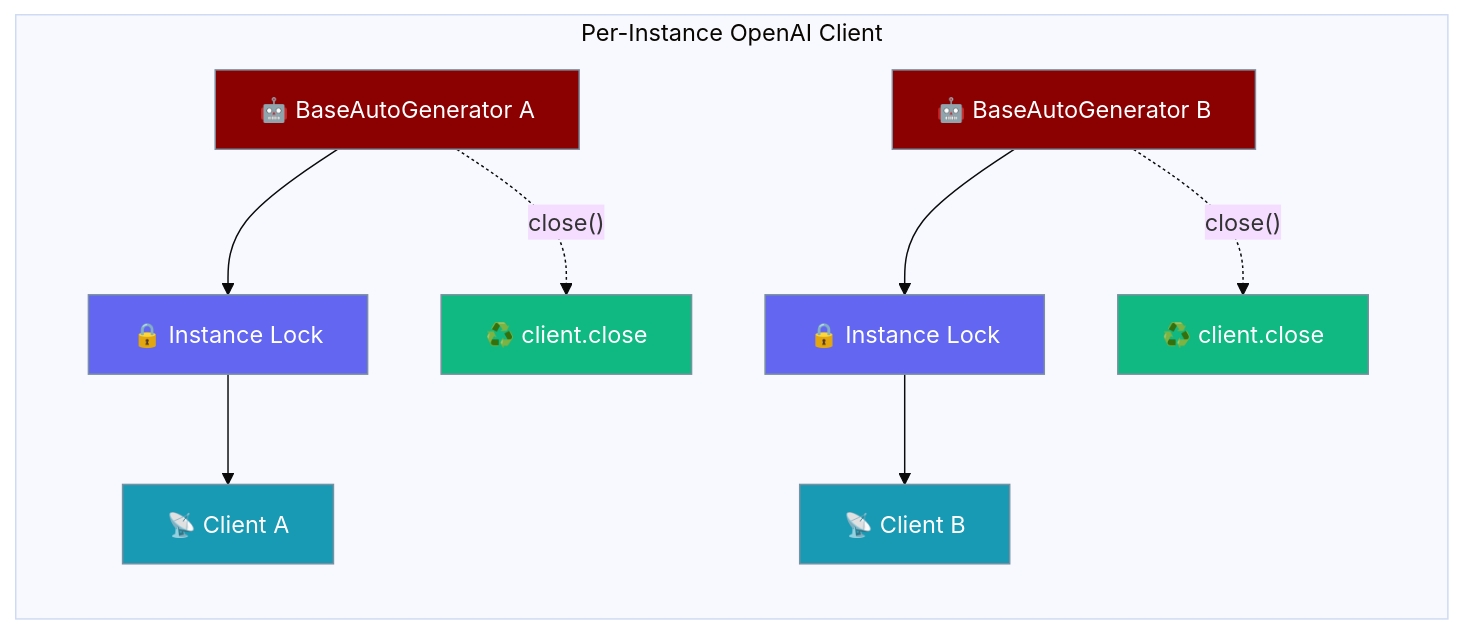
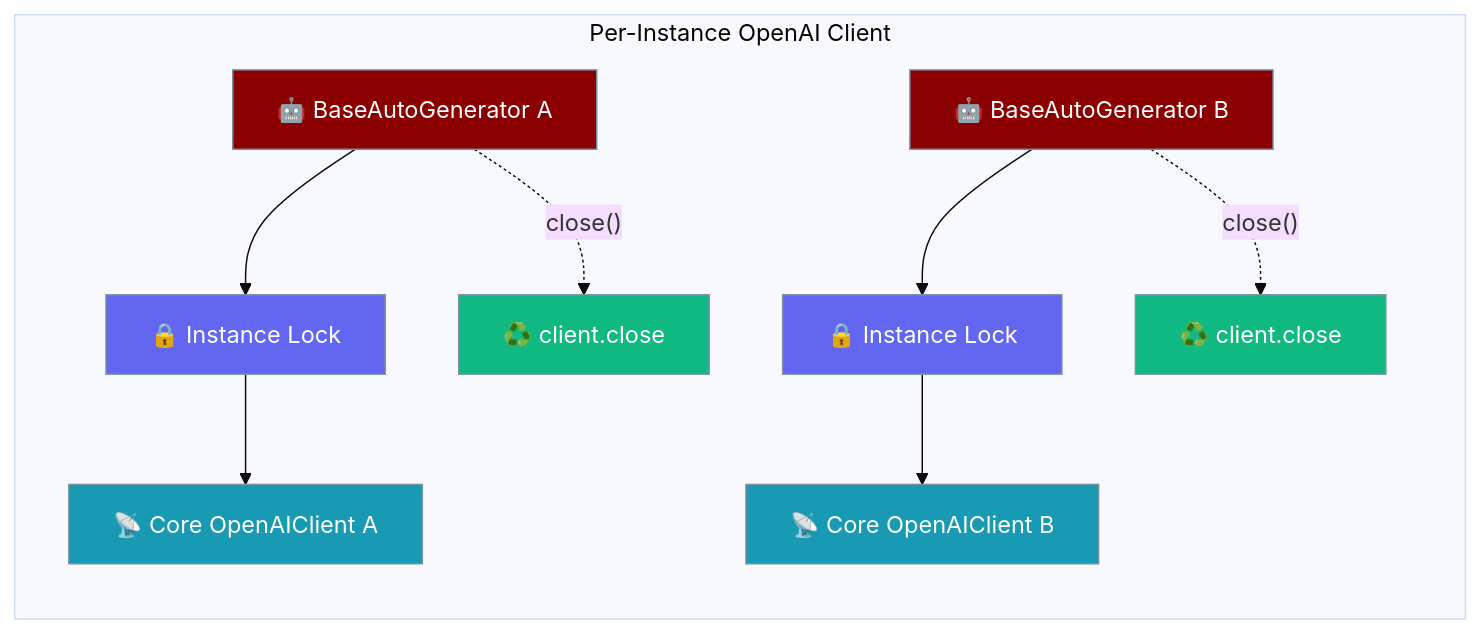
One commit to MervinPraison/PraisonAIDocs changed the fourth of 5 diagrams in docs/features/thread-safety.mdx. Above: the diagram before and after it, drawn with Mermaid (base theme). The commit also changed other lines of this file and 2 other files, not shown here.

First line of the commit message:
docs: reflect auto.py delegation to core OpenAIClient (fixes #1943)

````diff
--- a/docs/features/thread-safety.mdx
+++ b/docs/features/thread-safety.mdx
@@ -478,19 +478,19 @@
 ```mermaid
 graph LR
     subgraph "Per-Instance OpenAI Client"
-        G1[🤖 BaseAutoGenerator A] --> L1[🔒 Instance Lock] --> C1[📡 Client A]
-        G2[🤖 BaseAutoGenerator B] --> L2[🔒 Instance Lock] --> C2[📡 Client B]
+        G1[🤖 BaseAutoGenerator A] --> L1[🔒 Instance Lock] --> C1[📡 Core OpenAIClient A]
+        G2[🤖 BaseAutoGenerator B] --> L2[🔒 Instance Lock] --> C2[📡 Core OpenAIClient B]
         G1 -.close().-> X1[♻️ client.close]
         G2 -.close().-> X2[♻️ client.close]
     end
 
     classDef generator fill:#8B0000,stroke:#7C90A0,color:#fff
     classDef lock fill:#6366F1,stroke:#7C90A0,color:#fff
     classDef client fill:#189AB4,stroke:#7C90A0,color:#fff
     classDef cleanup fill:#10B981,stroke:#7C90A0,color:#fff
 
     class G1,G2 generator
     class L1,L2 lock
     class C1,C2 client
     class X1,X2 cleanup
 ```
````
